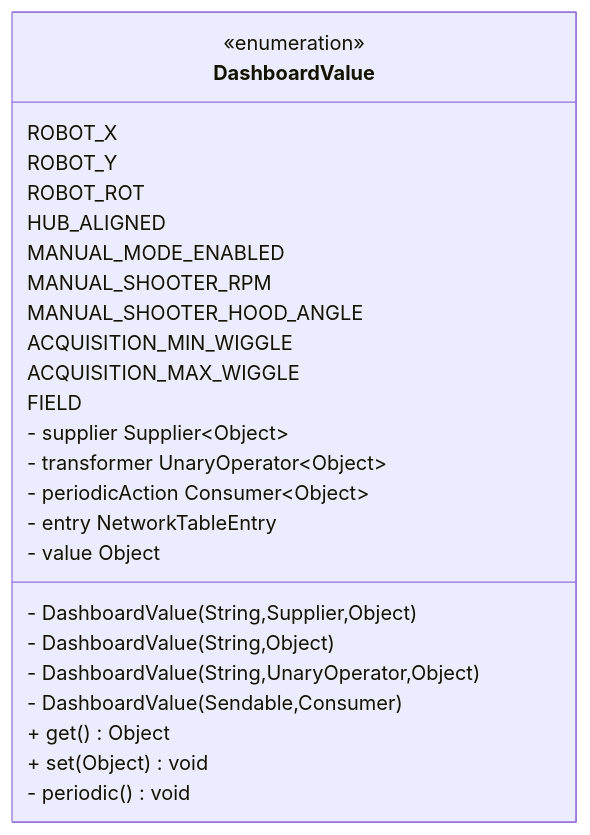
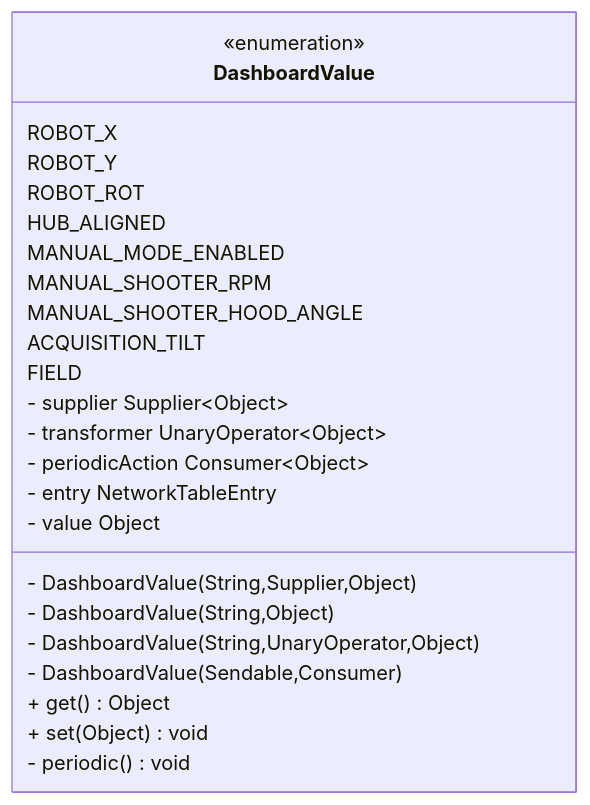
Before and after one commit to LakotaRobotics1038/2026RobotProject: the diagram in src/uml/frc/robot/subsystems/DashboardValue.mmd, drawn with Mermaid. The commit also changed 7 other files, not shown here.

```diff
--- a/src/uml/frc/robot/subsystems/DashboardValue.mmd
+++ b/src/uml/frc/robot/subsystems/DashboardValue.mmd
@@ -1,28 +1,27 @@
 classDiagram
   direction LR
 
   class DashboardValue {
     <<enumeration>>
     ROBOT_X
     ROBOT_Y
     ROBOT_ROT
     HUB_ALIGNED
     MANUAL_MODE_ENABLED
     MANUAL_SHOOTER_RPM
     MANUAL_SHOOTER_HOOD_ANGLE
-    ACQUISITION_MIN_WIGGLE
-    ACQUISITION_MAX_WIGGLE
+    ACQUISITION_TILT
     FIELD
     - supplier Supplier~Object~
     - transformer UnaryOperator~Object~
     - periodicAction Consumer~Object~
     - entry NetworkTableEntry
     - value Object
     - DashboardValue(String,Supplier,Object)
     - DashboardValue(String,Object)
     - DashboardValue(String,UnaryOperator,Object)
     - DashboardValue(Sendable,Consumer)
     + get() Object
     + set(Object) void
     - periodic() void
   }
```
